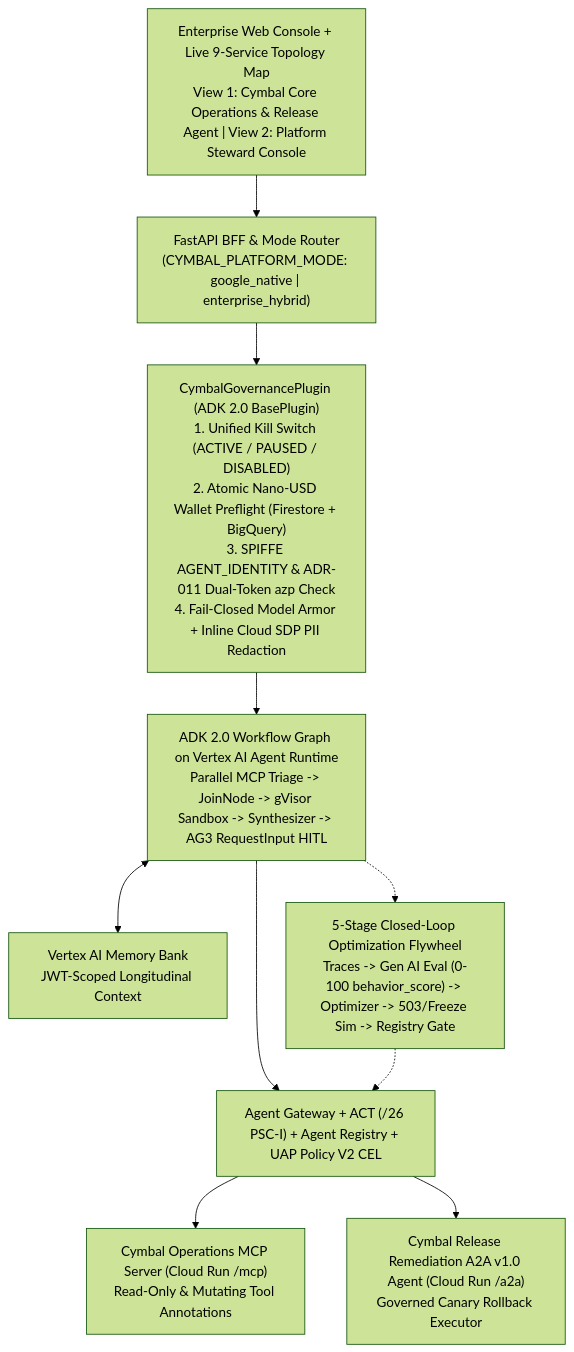
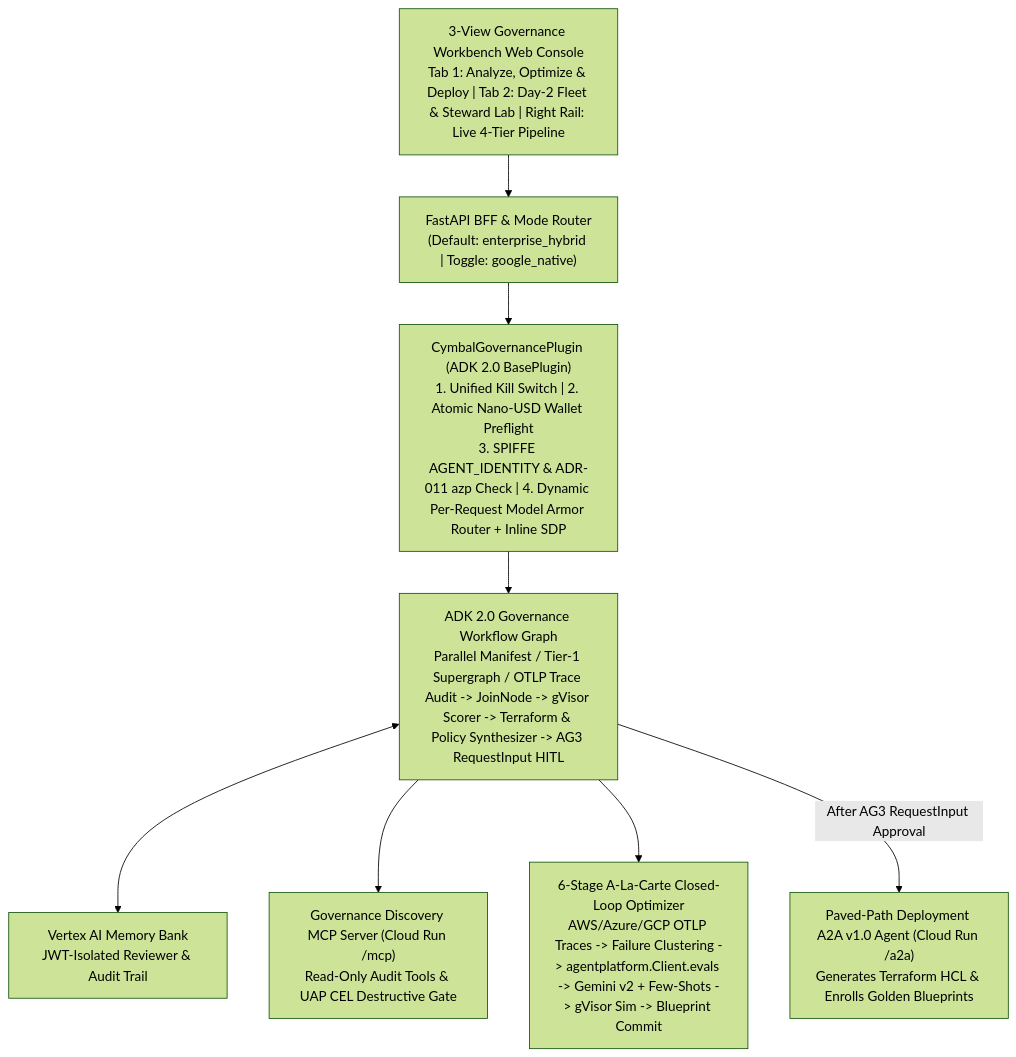
The diagram in README.md (smyelle/agent-governance-demo), drawn with Mermaid (forest theme) before and after one commit. The commit also changed other lines of this file and 37 other files, not shown here.

Commit message:
feat(workbench): pivot to 4-tier agent governance, closed-loop optimizer, dynamic guardrails, and Terraform paved paths

````diff
--- a/README.md
+++ b/README.md
@@ -13,20 +13,17 @@
 ```mermaid
 flowchart TD
-    UI["Enterprise Web Console + Live 9-Service Topology Map<br/>View 1: Cymbal Core Operations & Release Agent | View 2: Platform Steward Console"]
-    BFF["FastAPI BFF & Mode Router<br/>(CYMBAL_PLATFORM_MODE: google_native | enterprise_hybrid)"]
-    PLG["CymbalGovernancePlugin (ADK 2.0 BasePlugin)<br/>1. Unified Kill Switch (ACTIVE / PAUSED / DISABLED)<br/>2. Atomic Nano-USD Wallet Preflight (Firestore + BigQuery)<br/>3. SPIFFE AGENT_IDENTITY & ADR-011 Dual-Token azp Check<br/>4. Fail-Closed Model Armor + Inline Cloud SDP PII Redaction"]
-    WF["ADK 2.0 Workflow Graph on Vertex AI Agent Runtime<br/>Parallel MCP Triage -> JoinNode -> gVisor Sandbox -> Synthesizer -> AG3 RequestInput HITL"]
-    AGW["Agent Gateway + ACT (/26 PSC-I) + Agent Registry + UAP Policy V2 CEL"]
-    MCP["Cymbal Operations MCP Server (Cloud Run /mcp)<br/>Read-Only & Mutating Tool Annotations"]
-    A2A["Cymbal Release Remediation A2A v1.0 Agent (Cloud Run /a2a)<br/>Governed Canary Rollback Executor"]
-    MEM["Vertex AI Memory Bank<br/>JWT-Scoped Longitudinal Context"]
-    FLY["5-Stage Closed-Loop Optimization Flywheel<br/>Traces -> Gen AI Eval (0-100 behavior_score) -> Optimizer -> 503/Freeze Sim -> Registry Gate"]
+    UI["3-View Governance Workbench Web Console<br/>Tab 1: Analyze, Optimize & Deploy | Tab 2: Day-2 Fleet & Steward Lab | Right Rail: Live 4-Tier Pipeline"]
+    BFF["FastAPI BFF & Mode Router<br/>(Default: enterprise_hybrid | Toggle: google_native)"]
+    PLG["CymbalGovernancePlugin (ADK 2.0 BasePlugin)<br/>1. Unified Kill Switch | 2. Atomic Nano-USD Wallet Preflight<br/>3. SPIFFE AGENT_IDENTITY & ADR-011 azp Check | 4. Dynamic Per-Request Model Armor Router + Inline SDP"]
+    WF["ADK 2.0 Governance Workflow Graph<br/>Parallel Manifest / Tier-1 Supergraph / OTLP Trace Audit -> JoinNode -> gVisor Scorer -> Terraform & Policy Synthesizer -> AG3 RequestInput HITL"]
+    MCP["Governance Discovery MCP Server (Cloud Run /mcp)<br/>Read-Only Audit Tools & UAP CEL Destructive Gate"]
+    A2A["Paved-Path Deployment A2A v1.0 Agent (Cloud Run /a2a)<br/>Generates Terraform HCL & Enrolls Golden Blueprints"]
+    MEM["Vertex AI Memory Bank<br/>JWT-Isolated Reviewer & Audit Trail"]
+    FLY["6-Stage A-La-Carte Closed-Loop Optimizer<br/>AWS/Azure/GCP OTLP Traces -> Failure Clustering -> agentplatform.Client.evals -> Gemini v2 + Few-Shots -> gVisor Sim -> Blueprint Commit"]
 
     UI --> BFF --> PLG --> WF
     WF <--> MEM
-    WF --> AGW
-    AGW --> MCP
-    AGW --> A2A
-    WF -.-> FLY
-    FLY -.-> AGW
+    WF --> MCP
+    WF --> FLY
+    WF -->|"After AG3 RequestInput Approval"| A2A
 ```
````
